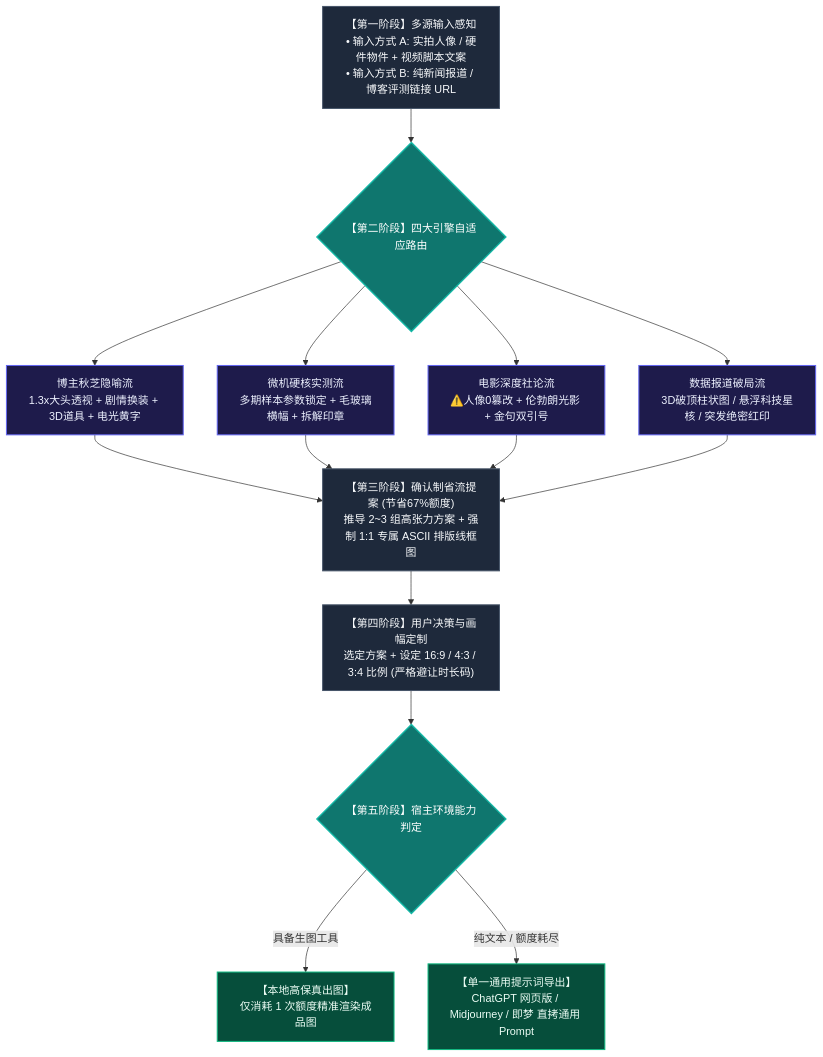
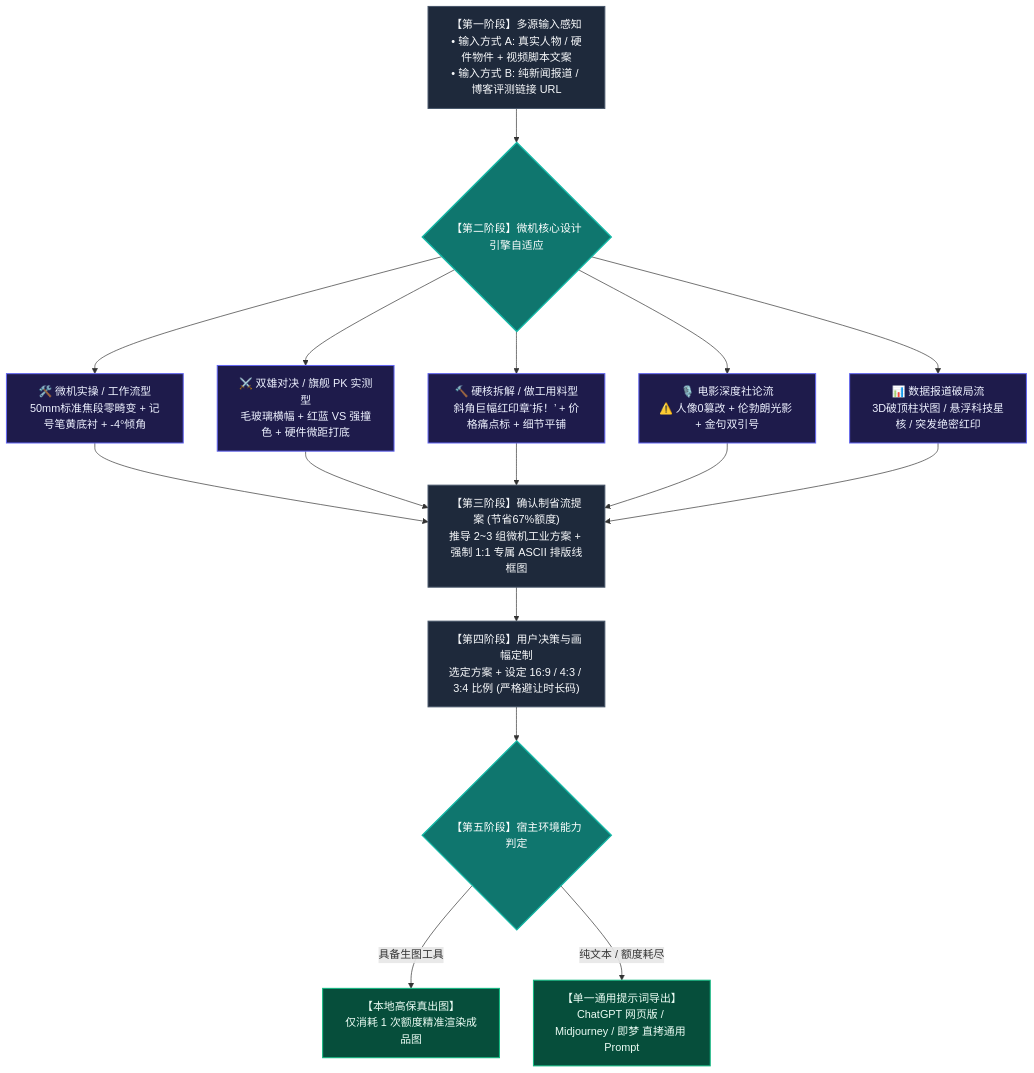
The diagram in README.md (XuBeiYou408/video-cover-designer), drawn with Mermaid before and after one commit. The commit also changed other lines of this file, not shown here.

Commit message:
refactor: remove Qiuzhi style from README and update flowchart to Microcomputer standard

````diff
--- a/README.md
+++ b/README.md
@@ -9,31 +9,33 @@
 ```mermaid
 flowchart TD
-    A["【第一阶段】多源输入感知<br>• 输入方式 A: 实拍人像 / 硬件物件 + 视频脚本文案<br>• 输入方式 B: 纯新闻报道 / 博客评测链接 URL"]
-    --> B{"【第二阶段】四大引擎自适应路由"}
+    A["【第一阶段】多源输入感知<br>• 输入方式 A: 真实人物 / 硬件物件 + 视频脚本文案<br>• 输入方式 B: 纯新闻报道 / 博客评测链接 URL"]
+    --> B{"【第二阶段】微机核心设计引擎自适应"}
 
-    B --> C1[" 博主秋芝隐喻流<br>1.3x大头透视 + 剧情换装 + 3D道具 + 电光黄字"]
-    B --> C2[" 微机硬核实测流<br>多期样本参数锁定 + 毛玻璃横幅 + 拆解印章"]
-    B --> C3[" 电影深度社论流<br>⚠️人像0篡改 + 伦勃朗光影 + 金句双引号"]
-    B --> C4[" 数据报道破局流<br>3D破顶柱状图 / 悬浮科技星核 / 突发绝密红印"]
+    B --> C1["🛠️ 微机实操 / 工作流型<br>50mm标准焦段零畸变 + 记号笔黄底衬 + -4°倾角"]
+    B --> C2["⚔️ 双雄对决 / 旗舰 PK 实测型<br>毛玻璃横幅 + 红蓝 VS 强撞色 + 硬件微距打底"]
+    B --> C3["🔨 硬核拆解 / 做工用料型<br>斜角巨幅红印章‘拆！’ + 价格痛点标 + 细节平铺"]
+    B --> C4["🎙️ 电影深度社论流<br>⚠️ 人像0篡改 + 伦勃朗光影 + 金句双引号"]
+    B --> C5["📊 数据报道破局流<br>3D破顶柱状图 / 悬浮科技星核 / 突发绝密红印"]
 
-    C1 --> D["【第三阶段】确认制省流提案 (节省67%额度)<br>推导 2~3 组高张力方案 + 强制 1:1 专属 ASCII 排版线框图"]
+    C1 --> D["【第三阶段】确认制省流提案 (节省67%额度)<br>推导 2~3 组微机工业方案 + 强制 1:1 专属 ASCII 排版线框图"]
     C2 --> D
     C3 --> D
     C4 --> D
+    C5 --> D
 
     D --> E["【第四阶段】用户决策与画幅定制<br>选定方案 + 设定 16:9 / 4:3 / 3:4 比例 (严格避让时长码)"]
 
     E --> F{"【第五阶段】宿主环境能力判定"}
     F -->|具备生图工具| G["【本地高保真出图】<br>仅消耗 1 次额度精准渲染成品图"]
     F -->|纯文本 / 额度耗尽| H["【单一通用提示词导出】<br>ChatGPT 网页版 / Midjourney / 即梦 直拷通用 Prompt"]
 
     classDef stage fill:#1E293B,stroke:#475569,color:#F8FAFC,stroke-width:1.5px;
     classDef decision fill:#0F766E,stroke:#14B8A6,color:#FFFFFF,stroke-width:2px;
     classDef engine fill:#1E1B4B,stroke:#6366F1,color:#EEF2FF,stroke-width:1.5px;
     classDef output fill:#064E3B,stroke:#10B981,color:#ECFDF5,stroke-width:1.5px;
 
     class A,D,E stage;
     class B,F decision;
-    class C1,C2,C3,C4 engine;
+    class C1,C2,C3,C4,C5 engine;
     class G,H output;
 ```
````
